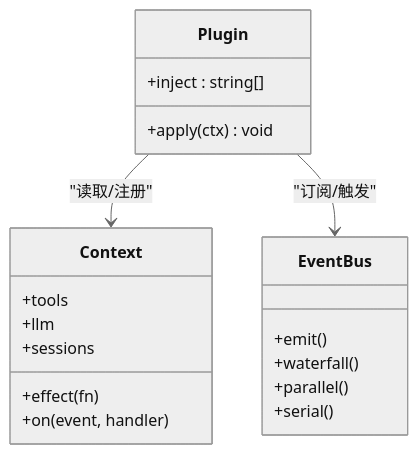
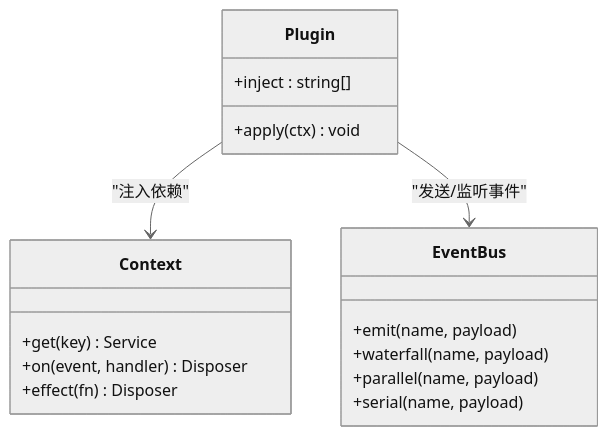
Before and after one commit to gongzili456/deepseek-harness: the fourth of 7 diagrams in .qoder/repowiki/zh/content/项目概览/项目概览.md, drawn with Mermaid (neutral theme). The commit also changed other lines of this file and 1001 other files, not shown here.

````diff
--- a/.qoder/repowiki/zh/content/项目概览/项目概览.md
+++ b/.qoder/repowiki/zh/content/项目概览/项目概览.md
@@ -111,22 +151,20 @@
 ```mermaid
 classDiagram
 class Plugin {
 +inject : string[]
 +apply(ctx) void
 }
 class Context {
-+tools
-+llm
-+sessions
-+effect(fn)
-+on(event, handler)
++get(key) Service
++on(event, handler) Disposer
++effect(fn) Disposer
 }
 class EventBus {
-+emit()
-+waterfall()
-+parallel()
-+serial()
++emit(name, payload)
++waterfall(name, payload)
++parallel(name, payload)
++serial(name, payload)
 }
-Plugin --> Context : "读取/注册"
-Plugin --> EventBus : "订阅/触发"
+Plugin --> Context : "注入依赖"
+Plugin --> EventBus : "发送/监听事件"
 ```
````
